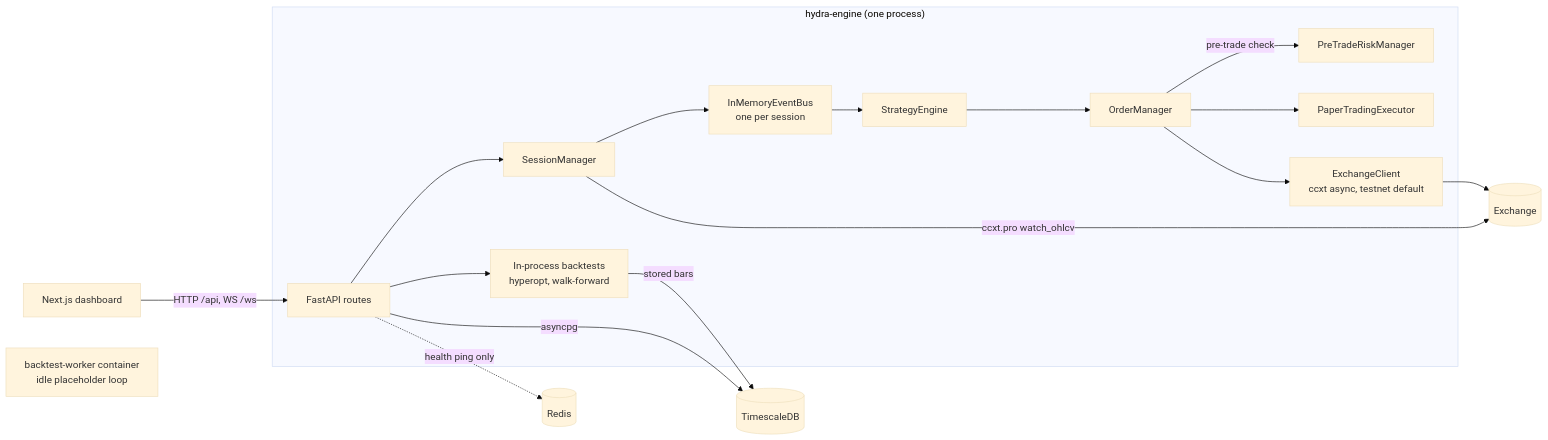
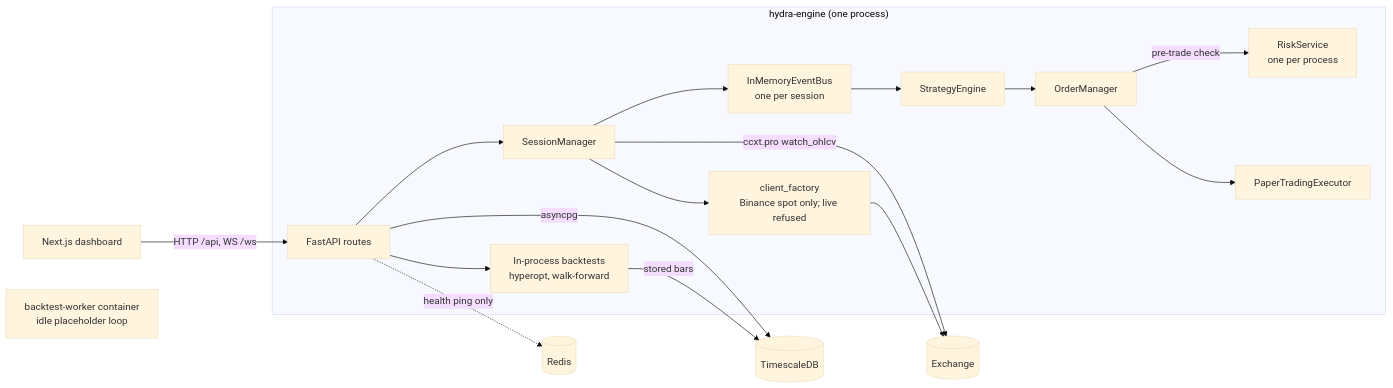
Before and after one commit to somatczk/hydra: the diagram in README.md, drawn with Mermaid (base theme). The commit also changed other lines of this file and 45 other files, not shown here.

````diff
--- a/README.md
+++ b/README.md
@@ -72,23 +73,23 @@
 ```mermaid
 graph LR
     UI[Next.js dashboard]
 
     subgraph Engine["hydra-engine (one process)"]
         API[FastAPI routes] --> SM[SessionManager]
         API --> BT[In-process backtests<br/>hyperopt, walk-forward]
         SM --> Bus[InMemoryEventBus<br/>one per session]
         Bus --> SE[StrategyEngine]
         SE --> OM[OrderManager]
-        OM -->|pre-trade check| PT[PreTradeRiskManager]
+        OM -->|pre-trade check| RS[RiskService<br/>one per process]
         OM --> PE[PaperTradingExecutor]
-        OM --> EC[ExchangeClient<br/>ccxt async, testnet default]
+        SM --> CF[client_factory<br/>Binance spot only; live refused]
     end
 
     UI -->|HTTP /api, WS /ws| API
     SM -->|ccxt.pro watch_ohlcv| Binance[(Exchange)]
-    EC --> Binance
+    CF --> Binance
     API -->|asyncpg| DB[(TimescaleDB)]
     BT -->|stored bars| DB
     API -.->|health ping only| Redis[(Redis)]
     Worker[backtest-worker container<br/>idle placeholder loop]
 ```
````
